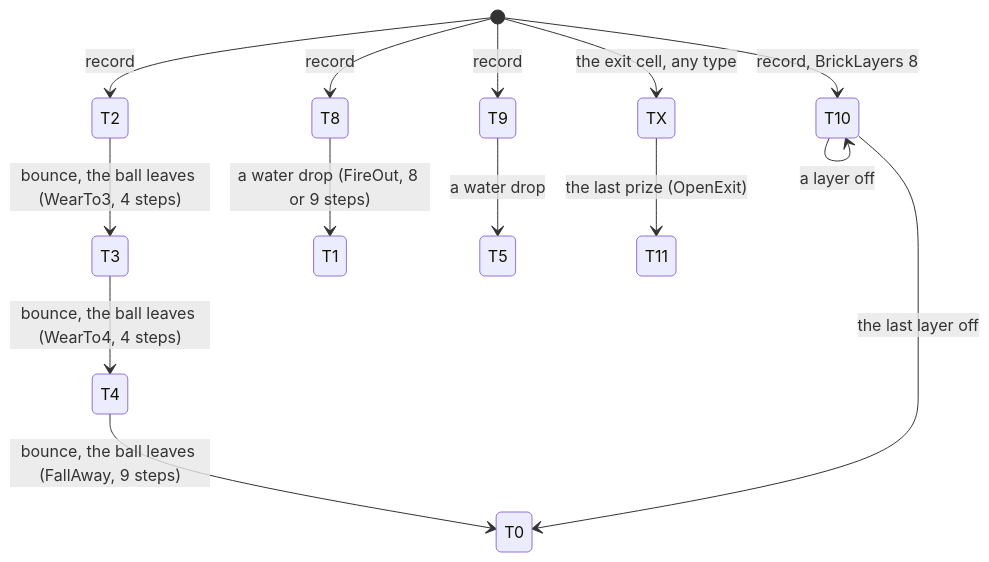
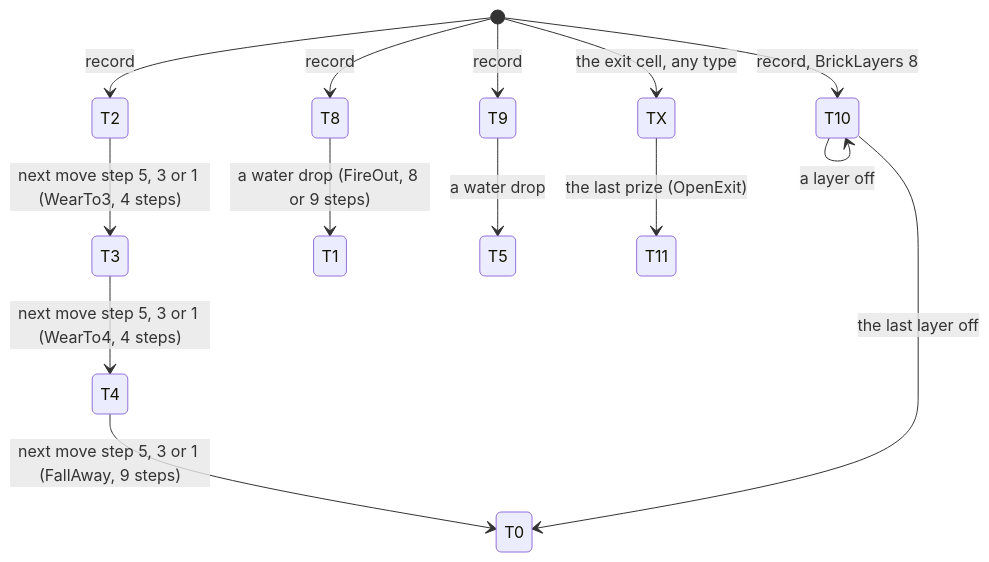
The third of 8 diagrams in games/bumpy/docs/07-objects.md (alfishe/unrealng-reverse-cases), drawn with Mermaid before and after one commit. The commit also changed other lines of this file and 24 other files, not shown here.

````diff
--- a/games/bumpy/docs/07-objects.md
+++ b/games/bumpy/docs/07-objects.md
@@ -279,16 +279,16 @@
 ```mermaid
 stateDiagram-v2
     [*] --> T2: record
-    T2 --> T3: bounce, the ball leaves (WearTo3, 4 steps)
-    T3 --> T4: bounce, the ball leaves (WearTo4, 4 steps)
-    T4 --> T0: bounce, the ball leaves (FallAway, 9 steps)
+    T2 --> T3: next move step 5, 3 or 1 (WearTo3, 4 steps)
+    T3 --> T4: next move step 5, 3 or 1 (WearTo4, 4 steps)
+    T4 --> T0: next move step 5, 3 or 1 (FallAway, 9 steps)
     [*] --> T8: record
     T8 --> T1: a water drop (FireOut, 8 or 9 steps)
     [*] --> T9: record
     T9 --> T5: a water drop
     [*] --> T10: record, BrickLayers 8
     T10 --> T10: a layer off
     T10 --> T0: the last layer off
     [*] --> TX: the exit cell, any type
     TX --> T11: the last prize (OpenExit)
 ```
````
